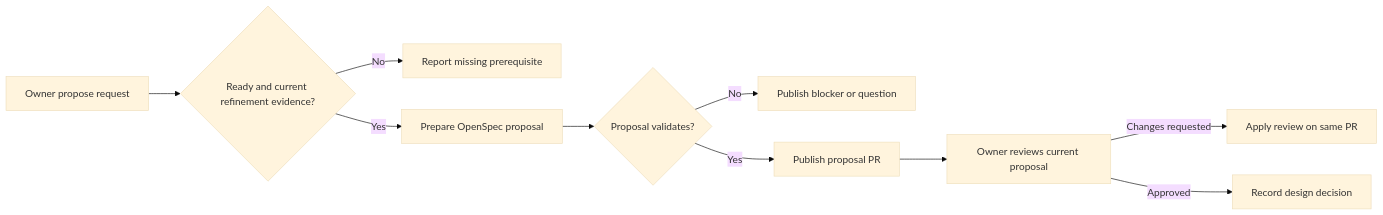
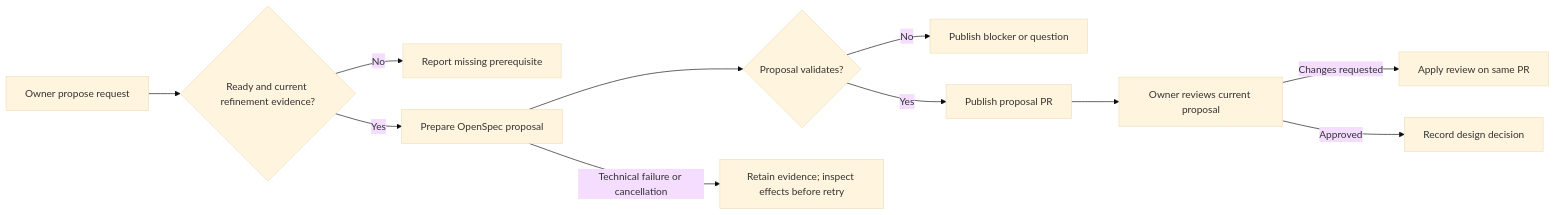
The diagram in docs/architecture/06-runtime-view/propose.md (juangcarmona/lighthouse), drawn with Mermaid (base theme) before and after one commit. The commit also changed other lines of this file and 17 other files, not shown here.

````diff
--- a/docs/architecture/06-runtime-view/propose.md
+++ b/docs/architecture/06-runtime-view/propose.md
@@ -5,14 +5,15 @@
 ```mermaid
 flowchart LR
     accTitle: Propose
     accDescr: The optional engineering-proposal worker prepares an OpenSpec plan after successful refinement. It publishes a separate proposal PR for review.
     Request[Owner propose request] --> Gate{Ready and current refinement evidence?}
     Gate -->|No| Block[Report missing prerequisite]
     Gate -->|Yes| Plan[Prepare OpenSpec proposal]
     Plan --> Validate{Proposal validates?}
     Validate -->|No| Stop[Publish blocker or question]
     Validate -->|Yes| PR[Publish proposal PR]
     PR --> Review[Owner reviews current proposal]
     Review -->|Changes requested| Correct[Apply review on same PR]
     Review -->|Approved| Wait[Record design decision]
+    Plan -->|Technical failure or cancellation| Failure[Retain evidence; inspect effects before retry]
 ```
````
